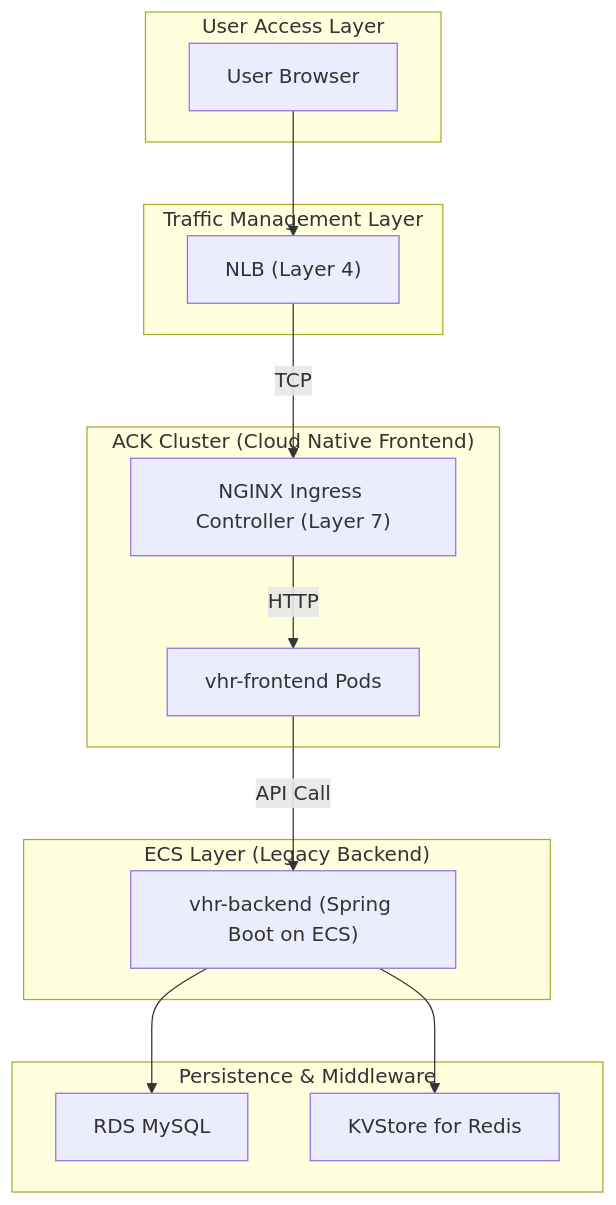
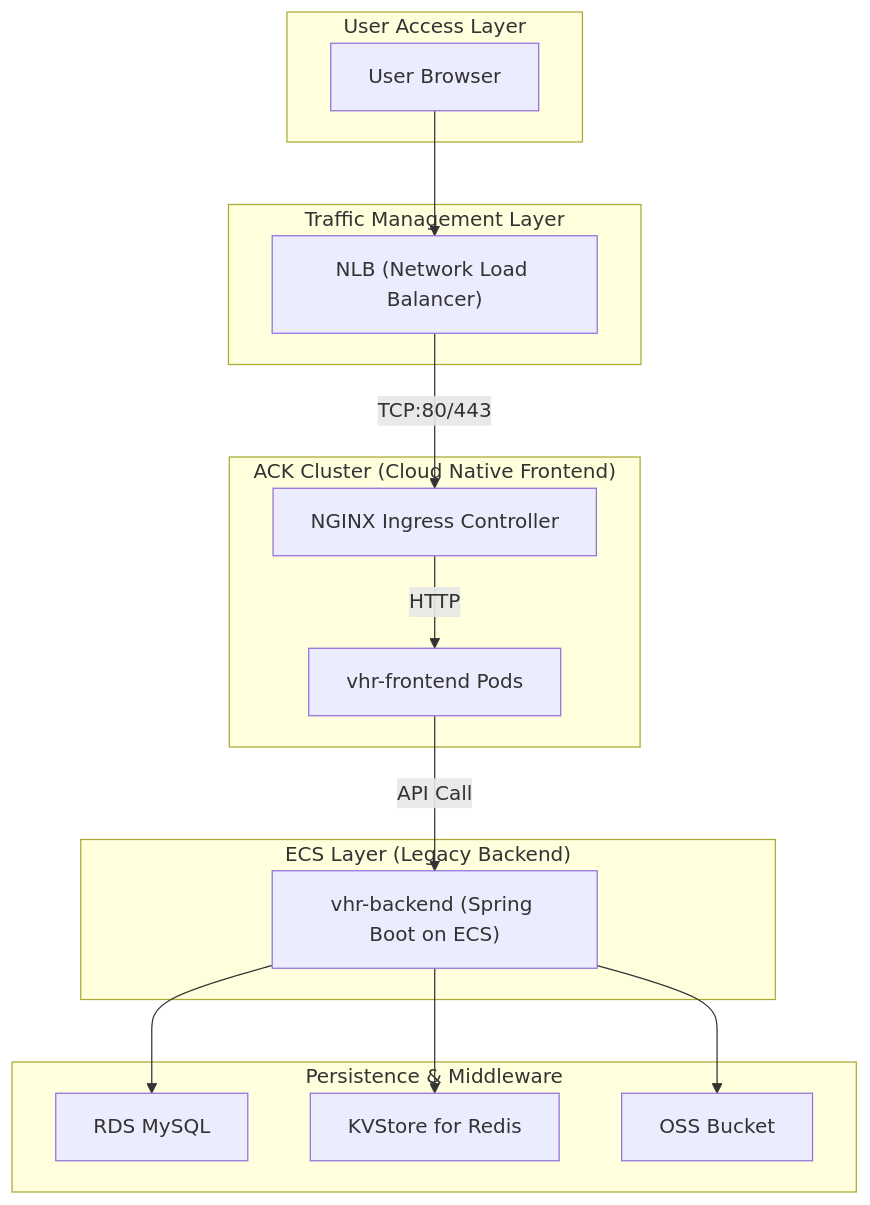
One commit to wanghaifeng/vhr_platform changed the diagram in vhr_sre/docs/infrastructure-overview.md. Above: the diagram before and after it, drawn with Mermaid. The commit also changed other lines of this file and 17 other files, not shown here.

````diff
--- a/vhr_sre/docs/infrastructure-overview.md
+++ b/vhr_sre/docs/infrastructure-overview.md
@@ -32,35 +31,37 @@
 ```mermaid
 ---
 config:
   layout: dagre
 ---
 flowchart TD
     subgraph User_Access ["User Access Layer"]
         User["User Browser"]
     end
 
     subgraph Traffic_Management ["Traffic Management Layer"]
-        NLB["NLB (Layer 4)"]
+        NLB["NLB (Network Load Balancer)"]
     end
 
     subgraph Kubernetes_Cluster ["ACK Cluster (Cloud Native Frontend)"]
-        Ingress["NGINX Ingress Controller (Layer 7)"]
+        Ingress["NGINX Ingress Controller"]
         VHR_Web["vhr-frontend Pods"]
     end
 
     subgraph Legacy_Compute ["ECS Layer (Legacy Backend)"]
         VHR_Srv["vhr-backend (Spring Boot on ECS)"]
     end
 
     subgraph Managed_Services ["Persistence & Middleware"]
         RDS["RDS MySQL"]
         Redis["KVStore for Redis"]
+        OSS["OSS Bucket"]
     end
 
     User --> NLB
-    NLB -- TCP --> Ingress
+    NLB -- TCP:80/443 --> Ingress
     Ingress -- HTTP --> VHR_Web
     VHR_Web -- API Call --> VHR_Srv
     VHR_Srv --> RDS
     VHR_Srv --> Redis
+    VHR_Srv --> OSS
 ```
````
